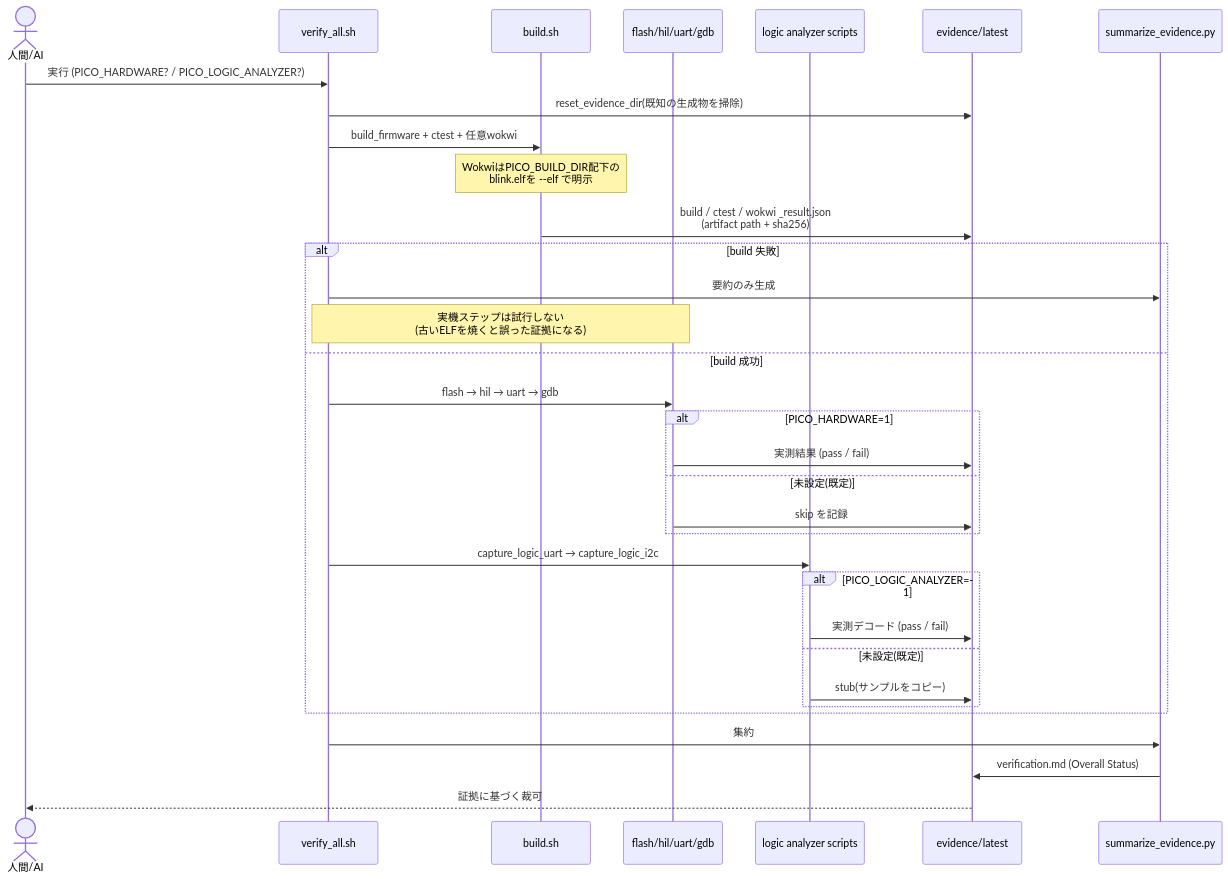
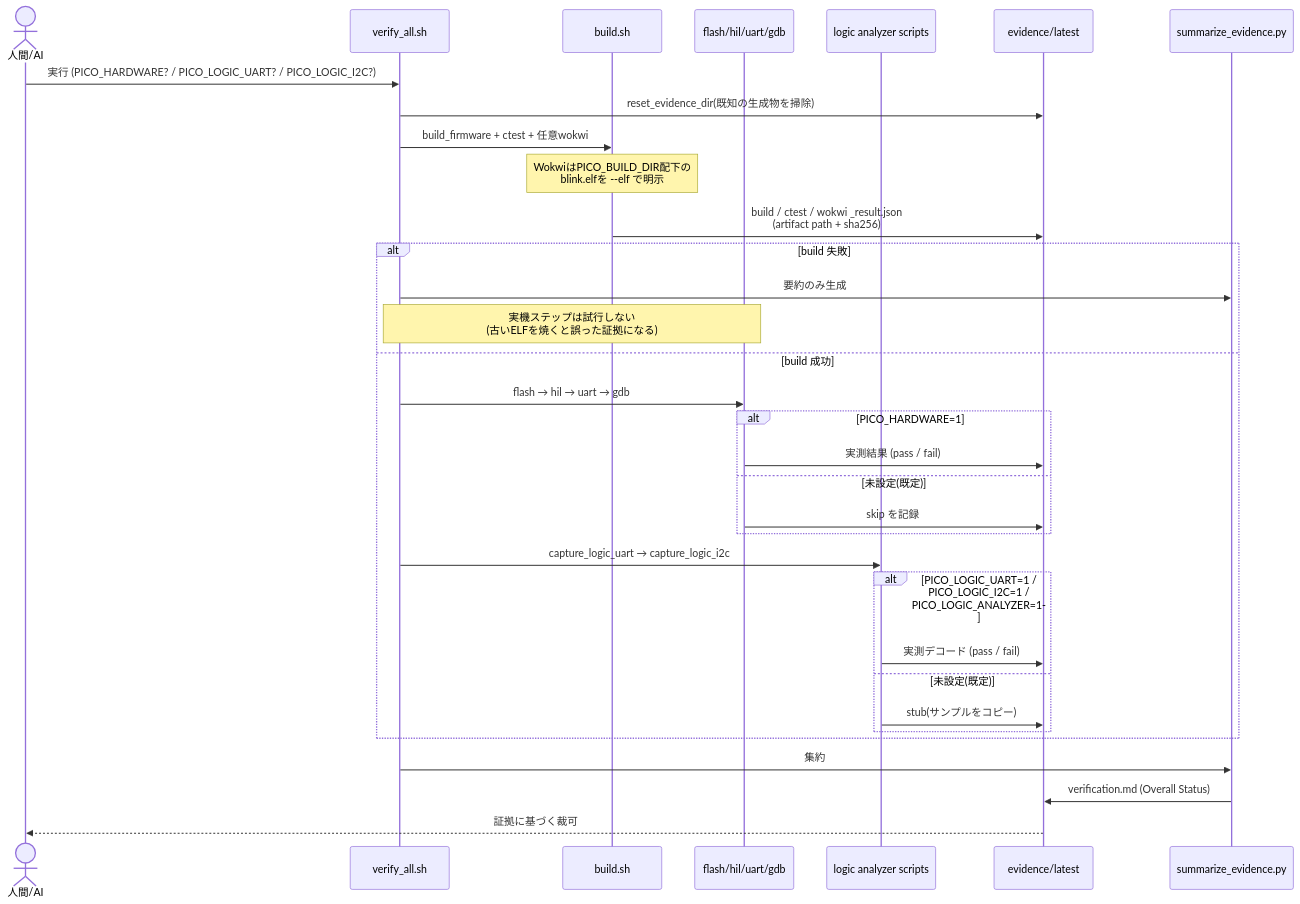
The diagram in docs/architecture/04_verification_flow.md (capybara-works/pico-sdk-blink), drawn with Mermaid before and after one commit. The commit also changed other lines of this file and 19 other files, not shown here.

Commit message:
Split logic analyzer capture gates

````diff
--- a/docs/architecture/04_verification_flow.md
+++ b/docs/architecture/04_verification_flow.md
@@ -6,38 +6,38 @@
 ```mermaid
 sequenceDiagram
     actor Dev as 人間/AI
     participant VA as verify_all.sh
     participant B as build.sh
     participant HW as flash/hil/uart/gdb
     participant LG as logic analyzer scripts
     participant EV as evidence/latest
     participant SM as summarize_evidence.py
 
-    Dev->>VA: 実行 (PICO_HARDWARE? / PICO_LOGIC_ANALYZER?)
+    Dev->>VA: 実行 (PICO_HARDWARE? / PICO_LOGIC_UART? / PICO_LOGIC_I2C?)
     VA->>EV: reset_evidence_dir(既知の生成物を掃除)
     VA->>B: build_firmware + ctest + 任意wokwi
     Note over B: WokwiはPICO_BUILD_DIR配下の<br/>blink.elfを --elf で明示
     B->>EV: build / ctest / wokwi _result.json<br/>(artifact path + sha256)
 
     alt build 失敗
         VA->>SM: 要約のみ生成
         Note over VA,HW: 実機ステップは試行しない<br/>(古いELFを焼くと誤った証拠になる)
     else build 成功
         VA->>HW: flash → hil → uart → gdb
         alt PICO_HARDWARE=1
             HW->>EV: 実測結果 (pass / fail)
         else 未設定(既定)
             HW->>EV: skip を記録
         end
         VA->>LG: capture_logic_uart → capture_logic_i2c
-        alt PICO_LOGIC_ANALYZER=1
+        alt PICO_LOGIC_UART=1 / PICO_LOGIC_I2C=1 / PICO_LOGIC_ANALYZER=1
             LG->>EV: 実測デコード (pass / fail)
         else 未設定(既定)
             LG->>EV: stub(サンプルをコピー)
         end
     end
 
     VA->>SM: 集約
     SM->>EV: verification.md (Overall Status)
     EV-->>Dev: 証拠に基づく裁可
 ```
````
